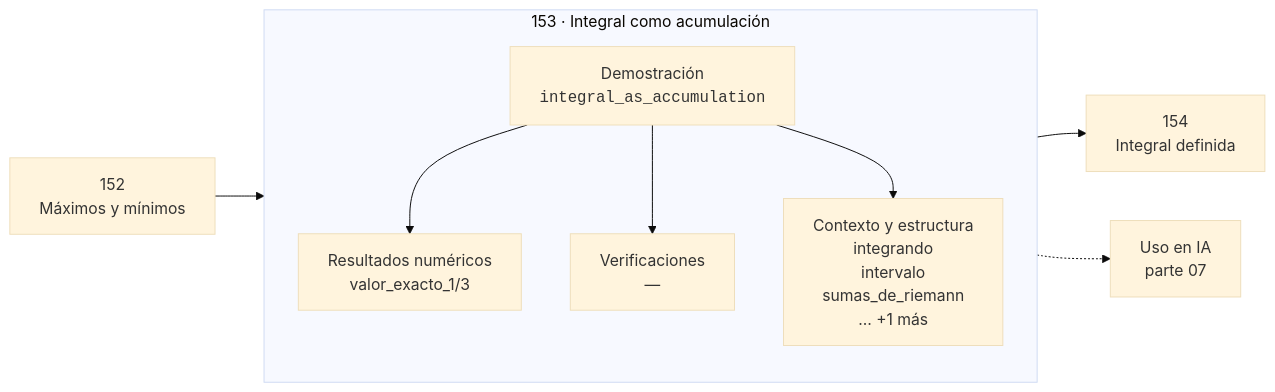
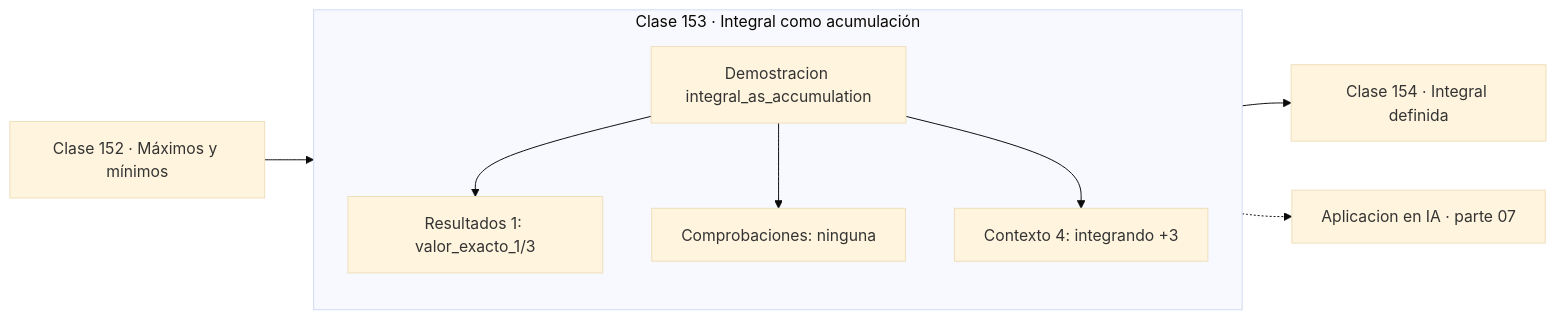
One commit to vladimiracunadev-create/computational-mathematics-program changed the diagram in classes/part-07-calculo-diferencial-e-integral/153-integral-como-acumulacion/README.md. Above: the diagram before and after it, drawn with Mermaid (base theme). The commit also changed 389 other files, not shown here.

First line of the commit message:
fix(diagramas): elimina el HTML de las etiquetas Mermaid

````diff
--- a/classes/part-07-calculo-diferencial-e-integral/153-integral-como-acumulacion/README.md
+++ b/classes/part-07-calculo-diferencial-e-integral/153-integral-como-acumulacion/README.md
@@ -30,12 +30,13 @@
 ```mermaid
 flowchart LR
-    P["152<br/>Máximos y mínimos"] --> C
-    subgraph C["153 · Integral como acumulación"]
+    P["Clase 152 · Máximos y mínimos"] --> D
+    subgraph CLASE["Clase 153 · Integral como acumulación"]
         direction TB
-        D["Demostración<br/><code>integral_as_accumulation</code>"] --> R["Resultados numéricos<br/>valor_exacto_1/3"]
-        D --> V["Verificaciones<br/>—"]
-        D --> O["Contexto y estructura<br/>integrando<br/>intervalo<br/>sumas_de_riemann<br/>… +1 más"]
+        D["Demostracion integral_as_accumulation"]
+        D --> R["Resultados 1: valor_exacto_1/3"]
+        D --> V["Comprobaciones: ninguna"]
+        D --> O["Contexto 4: integrando +3"]
     end
-    C --> N["154<br/>Integral definida"]
-    C -.-> IA["Uso en IA<br/>parte 07"]
+    R --> N["Clase 154 · Integral definida"]
+    V -.-> IA["Aplicacion en IA · parte 07"]
 ```
````
